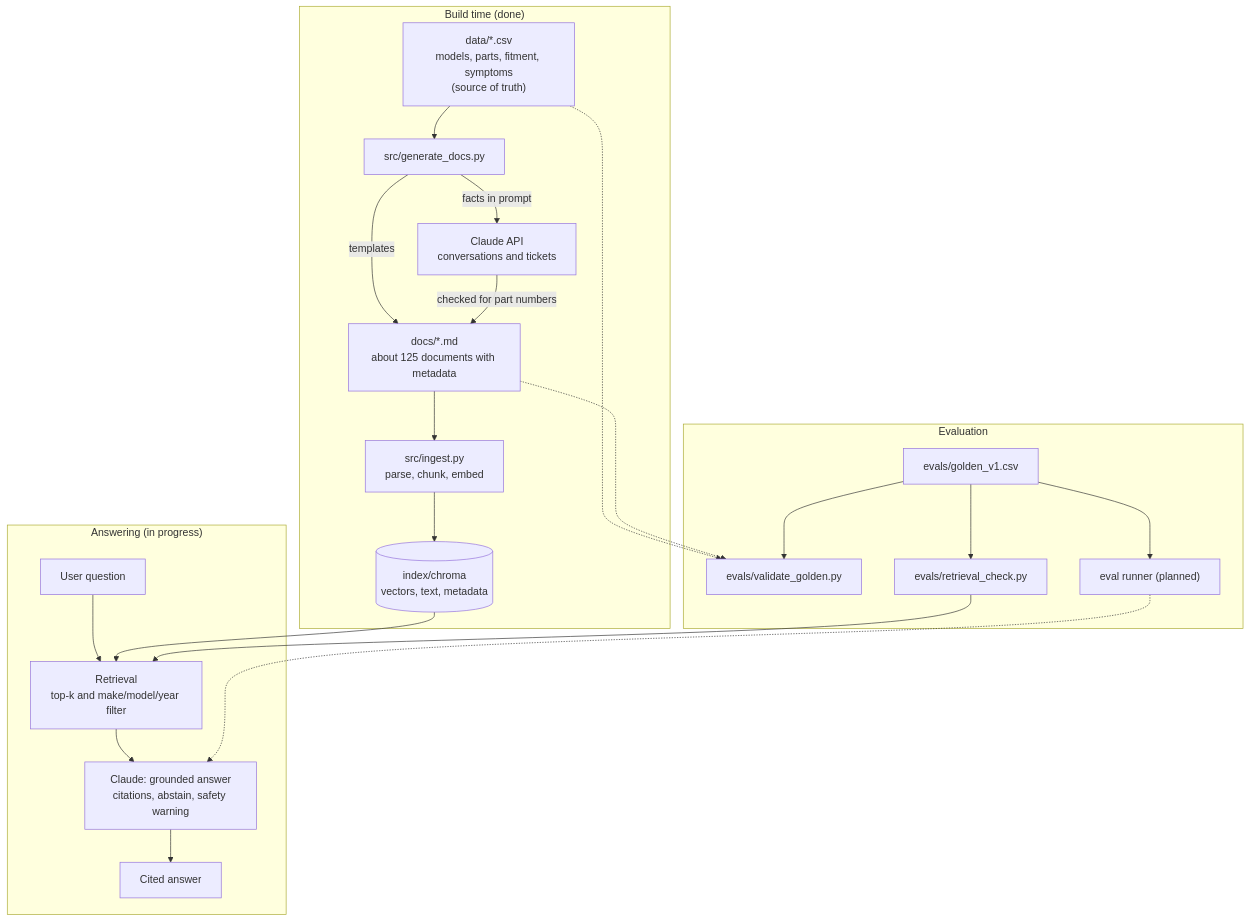
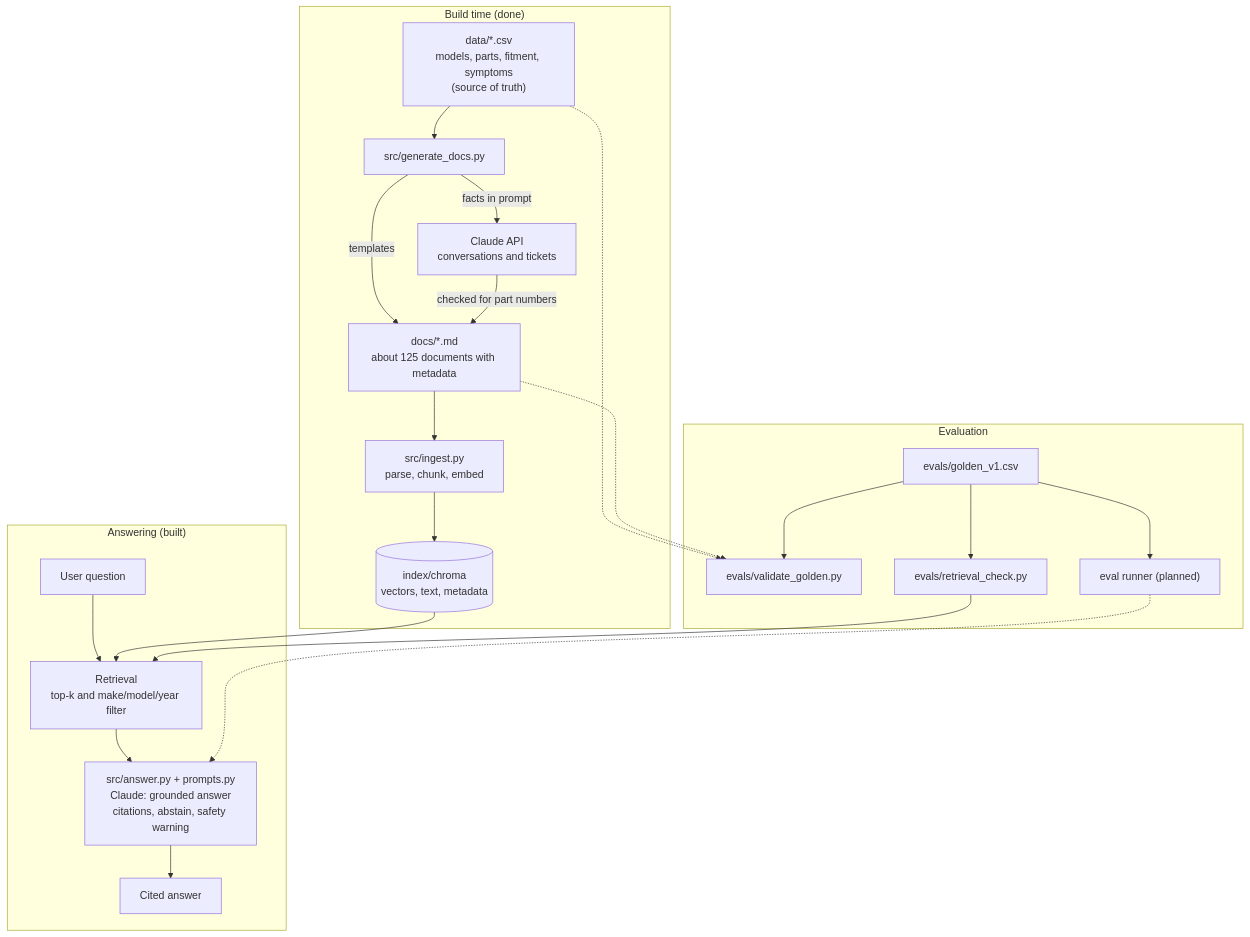
The first of 5 diagrams in README.md (kakarla7/carassist), drawn with Mermaid before and after one commit. The commit also changed other lines of this file and 2 other files, not shown here.

````diff
--- a/README.md
+++ b/README.md
@@ -48,34 +48,34 @@
 ```mermaid
 flowchart TB
   subgraph BUILD["Build time (done)"]
     CSV["data/*.csv<br/>models, parts, fitment, symptoms<br/>(source of truth)"]
     GEN["src/generate_docs.py"]
     LLM["Claude API<br/>conversations and tickets"]
     DOCS["docs/*.md<br/>about 125 documents with metadata"]
     ING["src/ingest.py<br/>parse, chunk, embed"]
     IDX[("index/chroma<br/>vectors, text, metadata")]
     CSV --> GEN
     GEN -->|templates| DOCS
     GEN -->|facts in prompt| LLM
     LLM -->|checked for part numbers| DOCS
     DOCS --> ING
     ING --> IDX
   end
 
-  subgraph RUN["Answering (in progress)"]
+  subgraph RUN["Answering (built)"]
     Q["User question"] --> RET["Retrieval<br/>top-k and make/model/year filter"]
     IDX --> RET
-    RET --> ANSW["Claude: grounded answer<br/>citations, abstain, safety warning"]
+    RET --> ANSW["src/answer.py + prompts.py<br/>Claude: grounded answer<br/>citations, abstain, safety warning"]
     ANSW --> OUT["Cited answer"]
   end
 
   subgraph EVAL["Evaluation"]
     GOLD["evals/golden_v1.csv"] --> VAL["evals/validate_golden.py"]
     CSV -.-> VAL
     DOCS -.-> VAL
     GOLD --> RCHK["evals/retrieval_check.py"]
     RCHK --> RET
     GOLD --> RUNNER["eval runner (planned)"]
     RUNNER -.-> ANSW
   end
 ```
````
